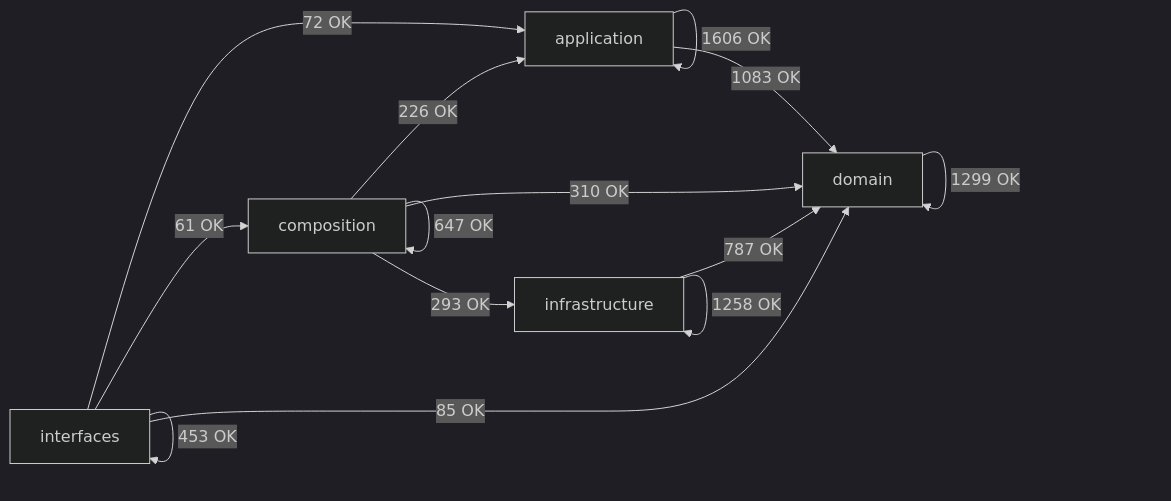
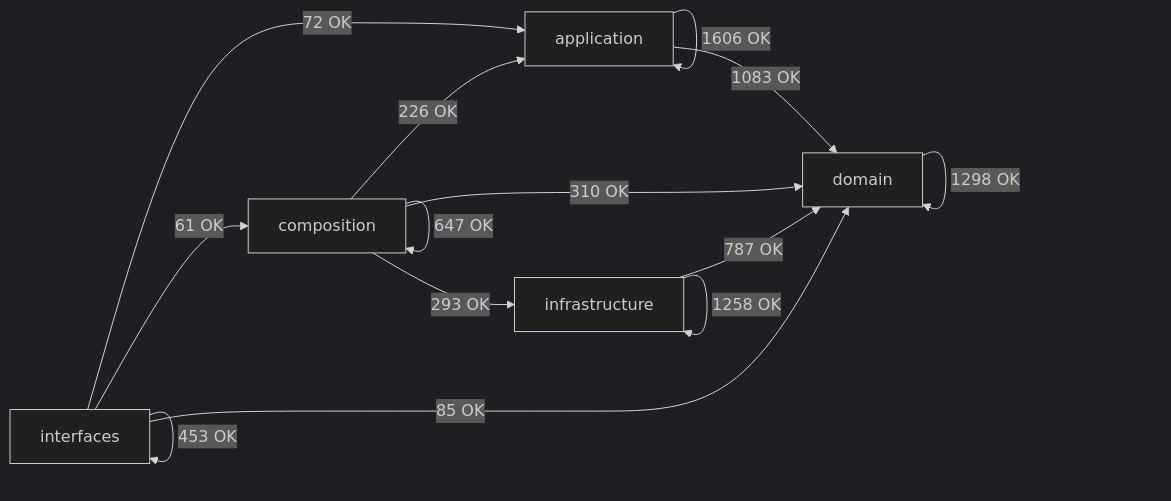
The diagram in docs/02-architecture/generated/module-dependency-map.md (SatoryKono/BioactivityDataAcquisition), drawn with Mermaid (dark theme) before and after one commit. The commit also changed other lines of this file and 22 other files, not shown here.

````diff
--- a/docs/02-architecture/generated/module-dependency-map.md
+++ b/docs/02-architecture/generated/module-dependency-map.md
@@ -17,21 +17,21 @@
 ```mermaid
 flowchart LR
     domain[domain]
     application[application]
     infrastructure[infrastructure]
     composition[composition]
     interfaces[interfaces]
     application -->|1606 OK| application
     application -->|1083 OK| domain
     composition -->|226 OK| application
     composition -->|647 OK| composition
     composition -->|310 OK| domain
     composition -->|293 OK| infrastructure
-    domain -->|1299 OK| domain
+    domain -->|1298 OK| domain
     infrastructure -->|787 OK| domain
     infrastructure -->|1258 OK| infrastructure
     interfaces -->|72 OK| application
     interfaces -->|61 OK| composition
     interfaces -->|85 OK| domain
     interfaces -->|453 OK| interfaces
 ```
````
